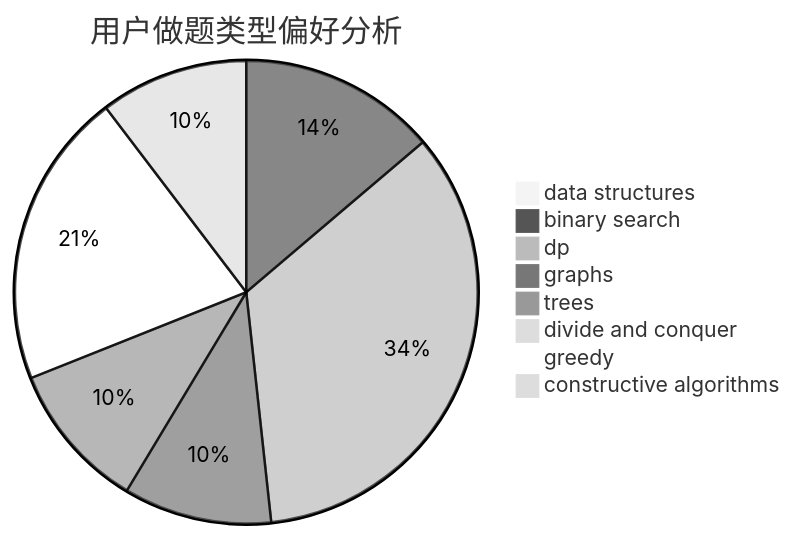
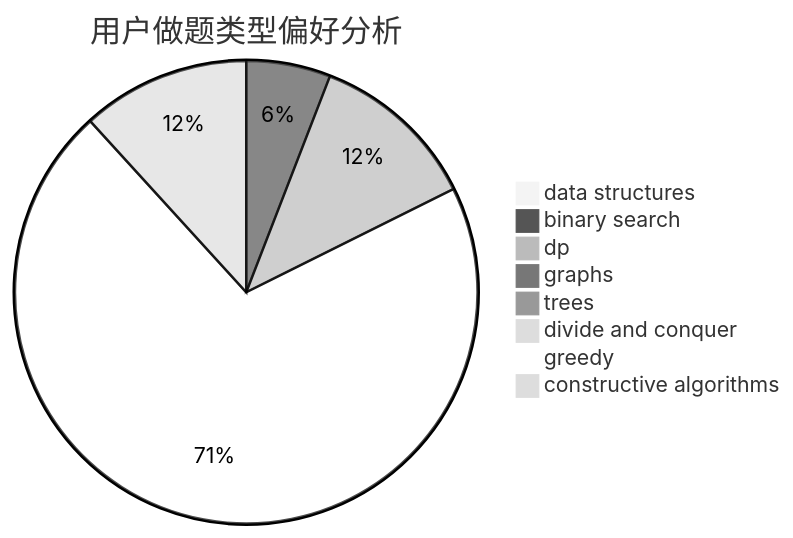
Before and after one commit to sherpahu/cfrs.github.io: the second of 3 diagrams in docs/user/u1207.md, drawn with Mermaid (neutral theme). The commit also changed other lines of this file and 2770 other files, not shown here.

````diff
--- a/docs/user/u1207.md
+++ b/docs/user/u1207.md
@@ -23,11 +23,11 @@
 ```mermaid
 pie title 用户做题类型偏好分析
     "data structures" :  0
-    "binary search" :  4
-    "dp" :  10
-    "graphs" :  3
-    "trees" :  3
+    "binary search" :  1
+    "dp" :  2
+    "graphs" :  0
+    "trees" :  0
     "divide and conquer" :  0
-    "greedy" :  6
-    "constructive algorithms" :  3
+    "greedy" :  12
+    "constructive algorithms" :  2
 ```
````
